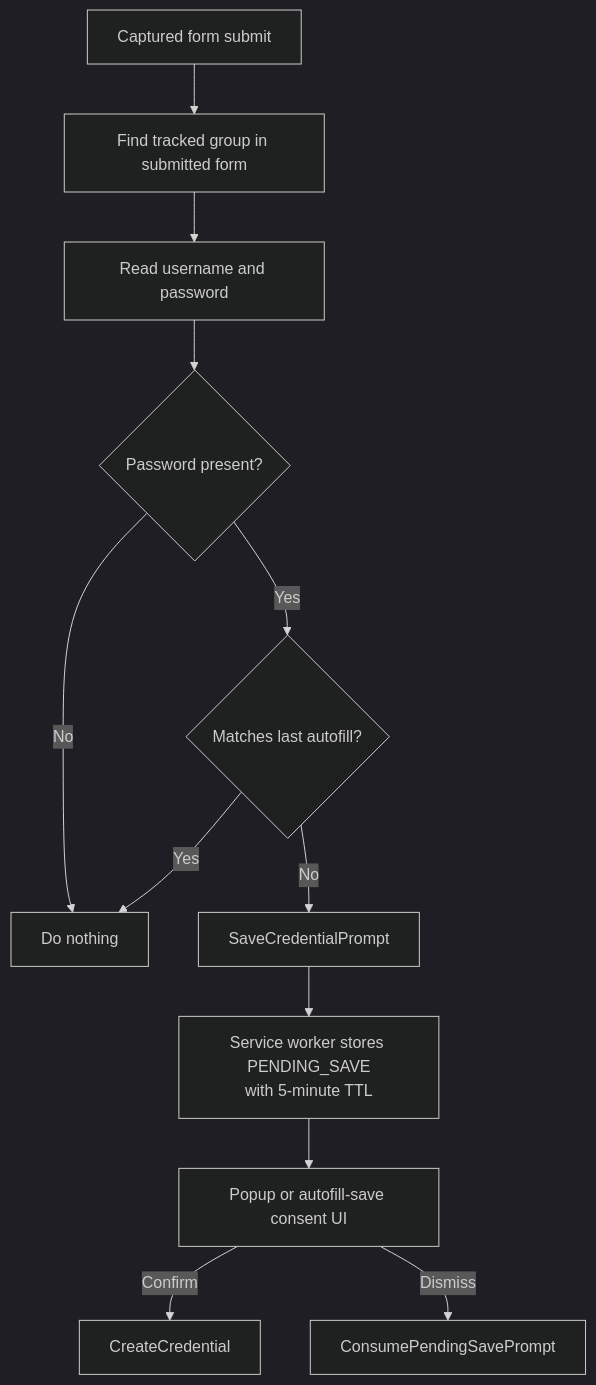
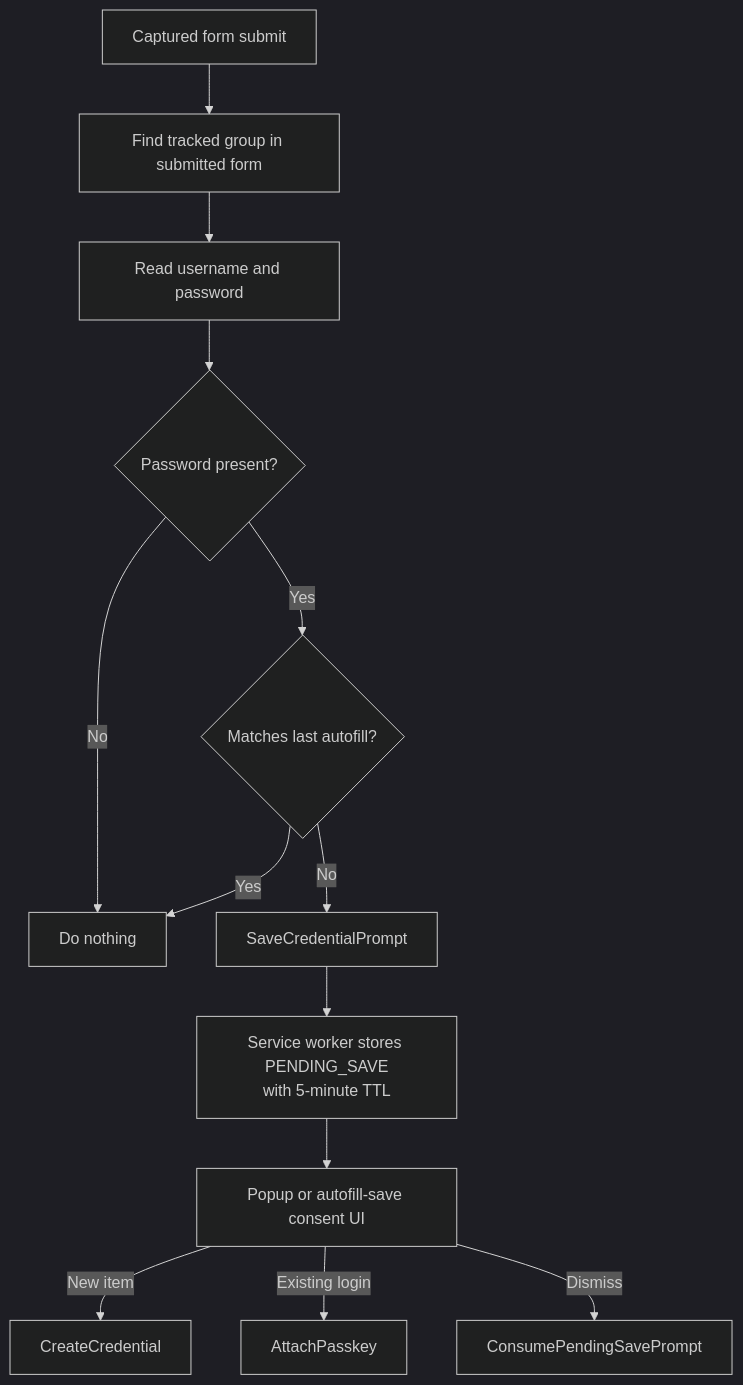
Before and after one commit to CryptexIndustries/vault-web: the fifth of 5 diagrams in extension/docs/platform/content-scripts.md, drawn with Mermaid (dark theme). The commit also changed 13 other files, not shown here.

Commit message:
fix(web,ext): dammit, found a bug in passkey handling, also enhance passkey management by allowing users to attach passkeys to existing logins, update UI components

````diff
--- a/extension/docs/platform/content-scripts.md
+++ b/extension/docs/platform/content-scripts.md
@@ -253,14 +253,15 @@
 ```mermaid
 flowchart TD
     Submit["Captured form submit"] --> Group["Find tracked group in submitted form"]
     Group --> Values["Read username and password"]
     Values --> Password{"Password present?"}
     Password -- No --> Stop["Do nothing"]
     Password -- Yes --> Unchanged{"Matches last autofill?"}
     Unchanged -- Yes --> Stop
     Unchanged -- No --> Stage["SaveCredentialPrompt"]
     Stage --> Pending["Service worker stores PENDING_SAVE<br/>with 5-minute TTL"]
     Pending --> Consent["Popup or autofill-save consent UI"]
-    Consent -- Confirm --> Create["CreateCredential"]
+    Consent -- New item --> Create["CreateCredential"]
+    Consent -- Existing login --> Attach["AttachPasskey"]
     Consent -- Dismiss --> Consume["ConsumePendingSavePrompt"]
 ```
````
